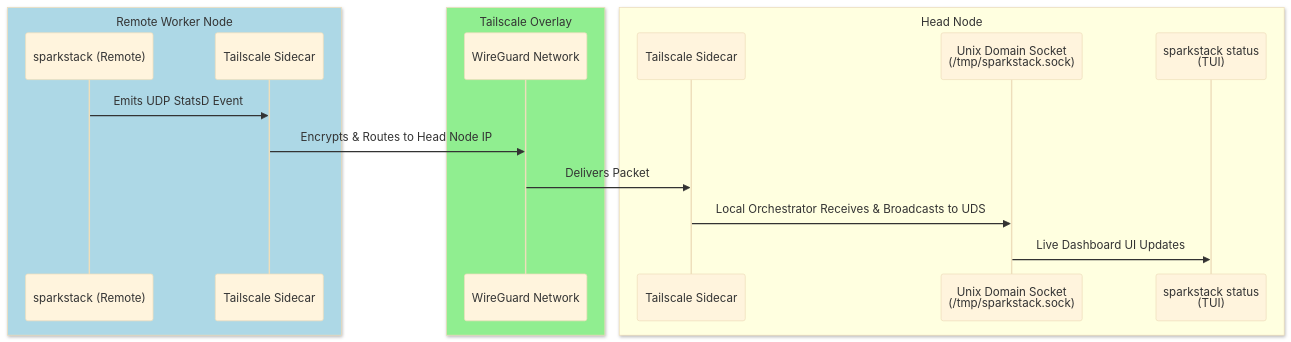
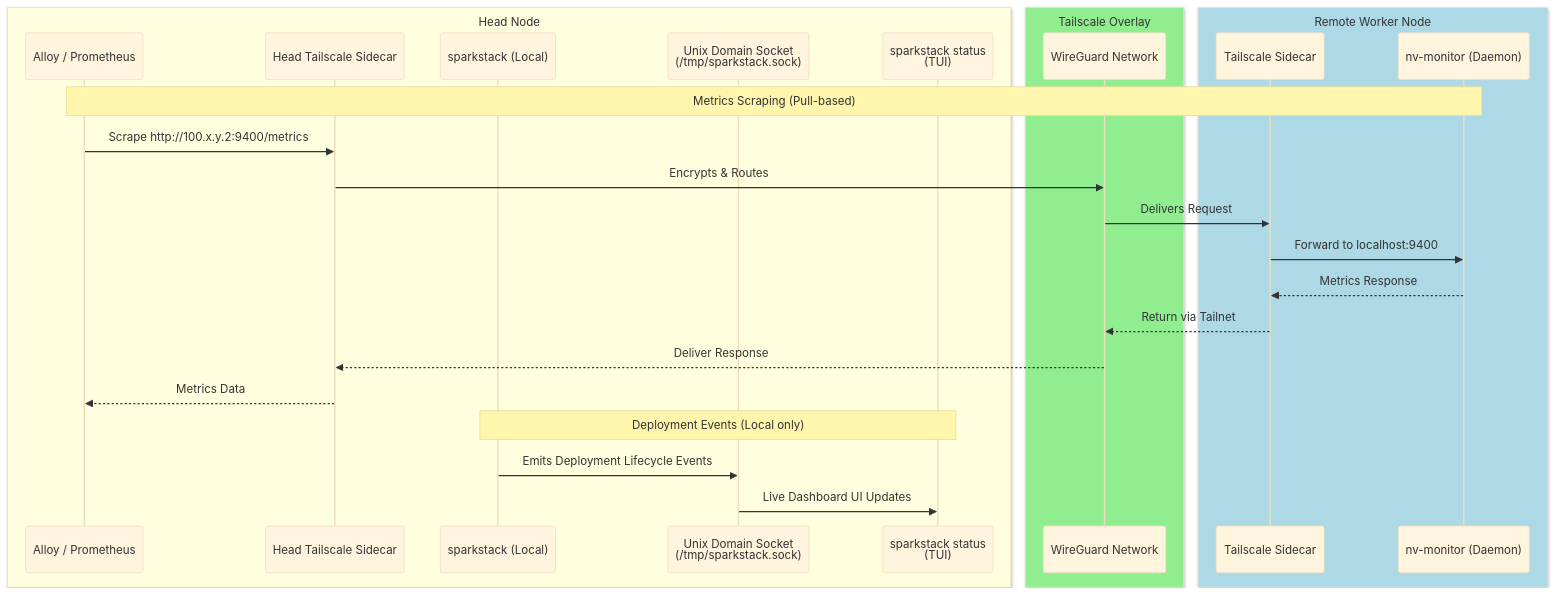
One commit to jlapenna/sparkstack changed the second of 3 diagrams in plans/multnode_plan.md. Above: the diagram before and after it, drawn with Mermaid (base theme). The commit also changed other lines of this file, not shown here.

Commit message:
docs: finalize Multi-Node Cluster Support blueprint, closes #2

````diff
--- a/plans/multnode_plan.md
+++ b/plans/multnode_plan.md
@@ -88,23 +116,33 @@
 ```mermaid
 sequenceDiagram
-    box LightBlue Remote Worker Node
-        participant Orchestrator as sparkstack (Remote)
-        participant TS_W as Tailscale Sidecar
-    end
-    
-    box LightGreen Tailscale Overlay
-        participant Mesh as WireGuard Network
-    end
-    
     box LightYellow Head Node
-        participant TS_H as Tailscale Sidecar
+        participant Scraper as Alloy / Prometheus
+        participant TS_Head as Head Tailscale Sidecar
+        participant Orchestrator as sparkstack (Local)
         participant UDS as Unix Domain Socket<br/>(/tmp/sparkstack.sock)
         participant TUI as sparkstack status<br/>(TUI)
     end
 
-    Orchestrator->>TS_W: Emits UDP StatsD Event
-    TS_W->>Mesh: Encrypts & Routes to Head Node IP
-    Mesh->>TS_H: Delivers Packet
-    TS_H->>UDS: Local Orchestrator Receives & Broadcasts to UDS
+    box LightGreen Tailscale Overlay
+        participant Mesh as WireGuard Network
+    end
+
+    box LightBlue Remote Worker Node
+        participant TS_W as Tailscale Sidecar
+        participant Daemon as nv-monitor (Daemon)
+    end
+
+    Note over Scraper,Daemon: Metrics Scraping (Pull-based)
+    Scraper->>TS_Head: Scrape http://100.x.y.2:9400/metrics
+    TS_Head->>Mesh: Encrypts & Routes
+    Mesh->>TS_W: Delivers Request
+    TS_W->>Daemon: Forward to localhost:9400
+    Daemon-->>TS_W: Metrics Response
+    TS_W-->>Mesh: Return via Tailnet
+    Mesh-->>TS_Head: Deliver Response
+    TS_Head-->>Scraper: Metrics Data
+
+    Note over Orchestrator,TUI: Deployment Events (Local only)
+    Orchestrator->>UDS: Emits Deployment Lifecycle Events
     UDS->>TUI: Live Dashboard UI Updates
 ```
````
